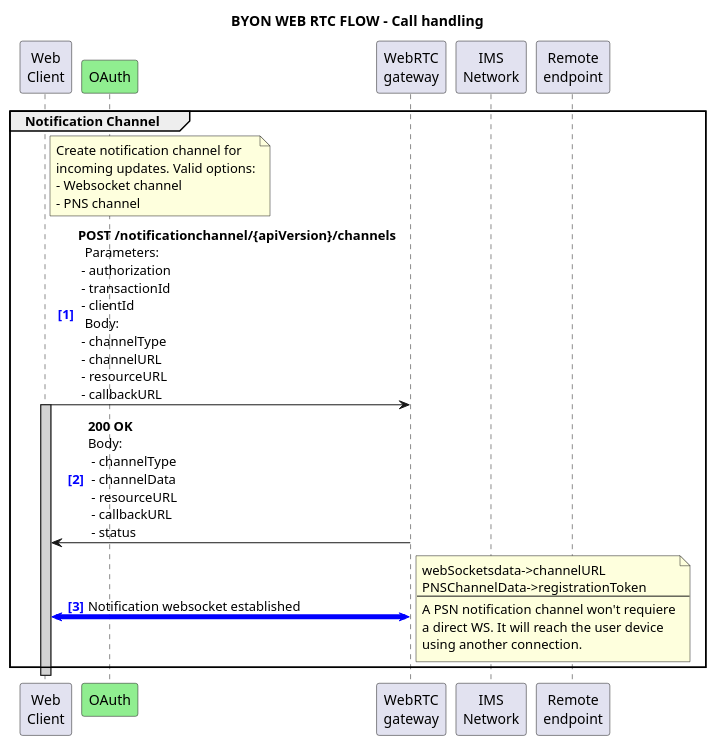
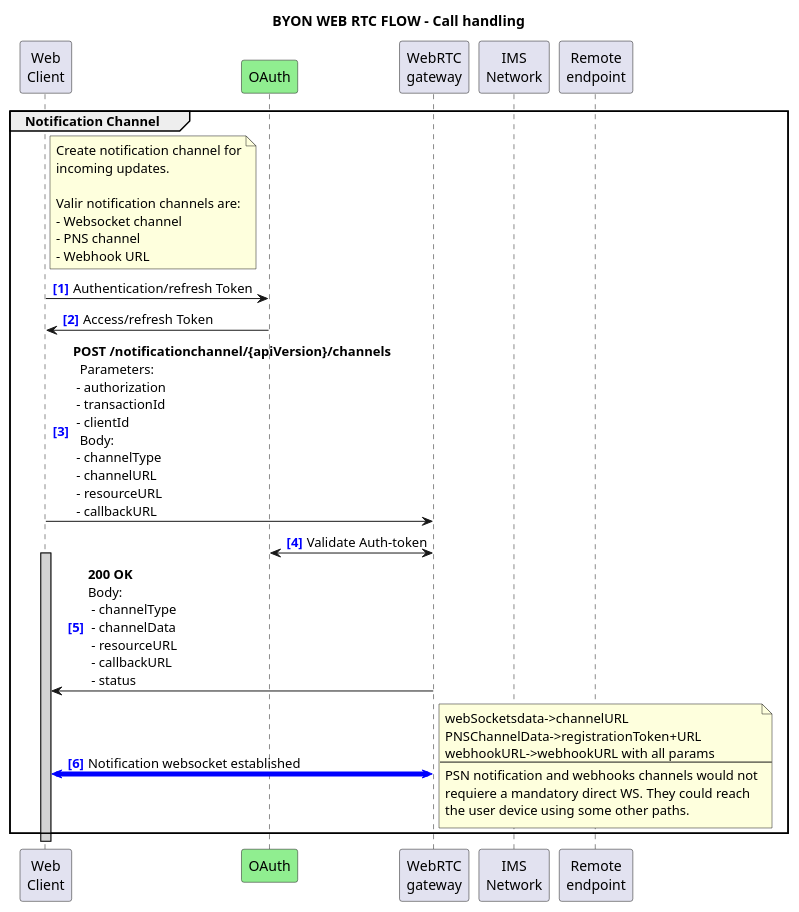
Before and after one commit to stroncoso-quobis/WebRTC: the diagram in documentation/API_documentation/FlowsBYON-NotificationChannel.wsd, drawn with PlantUML. The commit also changed 2 other files, not shown here.

Commit message:
Included webhook option and some fixes

```diff
--- a/documentation/API_documentation/FlowsBYON-NotificationChannel.wsd
+++ b/documentation/API_documentation/FlowsBYON-NotificationChannel.wsd
@@ -1,57 +1,66 @@
 @startuml BYON Callhandling
 
 title "BYON WEB RTC FLOW - Call handling"
 autonumber "<font color=blue><b>[0]"
 
 <style>
 .audioStyle {
   arrow {
     LineColor red
     LineThickness 5
   }
 }
 .wsStyle {
   arrow {
     LineColor blue
     LineThickness 5
   }
 }
 </style>
 
 'participant "Notification\nclient" as WebClient
 participant "Web\nClient" as WebClient
 participant OAuth #LightGreen
 participant "WebRTC\ngateway" as WebRTC_GW
 participant "IMS\nNetwork" as IMS_Network
 participant "Remote\nendpoint" as RemoteEndpoint
 
 ' --- Notification Channel 
 group Notification Channel 
 note right WebClient
   Create notification channel for
-  incoming updates. Valid options:
+  incoming updates.
+  
+  Valir notification channels are:
   - Websocket channel
   - PNS channel
+  - Webhook URL
 end note
+
+WebClient -> OAuth: Authentication/refresh Token
+OAuth -> WebClient: Access/refresh Token
   
 WebClient -> WebRTC_GW: **POST /notificationchannel/{apiVersion}/channels** \n\
   Parameters:\n - authorization\n - transactionId\n - clientId\n\
   Body:\n - channelType\n - channelURL\n - resourceURL\n - callbackURL
+
+WebRTC_GW <-> OAuth: Validate Auth-token
 
 activate WebClient #LightGray
 
 WebRTC_GW -> WebClient: **200 OK**\nBody:\n\
  - channelType\n - channelData\n - resourceURL\n - callbackURL\n - status
 
 WebClient <-> WebRTC_GW <<wsStyle>>: Notification websocket established
-note right
+note right 
   webSocketsdata->channelURL
-  PNSChannelData->registrationToken
+  PNSChannelData->registrationToken+URL
+  webhookURL->webhookURL with all params
   --
-  A PSN notification channel won't requiere
-  a direct WS. It will reach the user device
-  using another connection.
+  PSN notification and webhooks channels would not
+  requiere a mandatory direct WS. They could reach
+  the user device using some other paths.
 end note
 end
 
 @enduml
```
